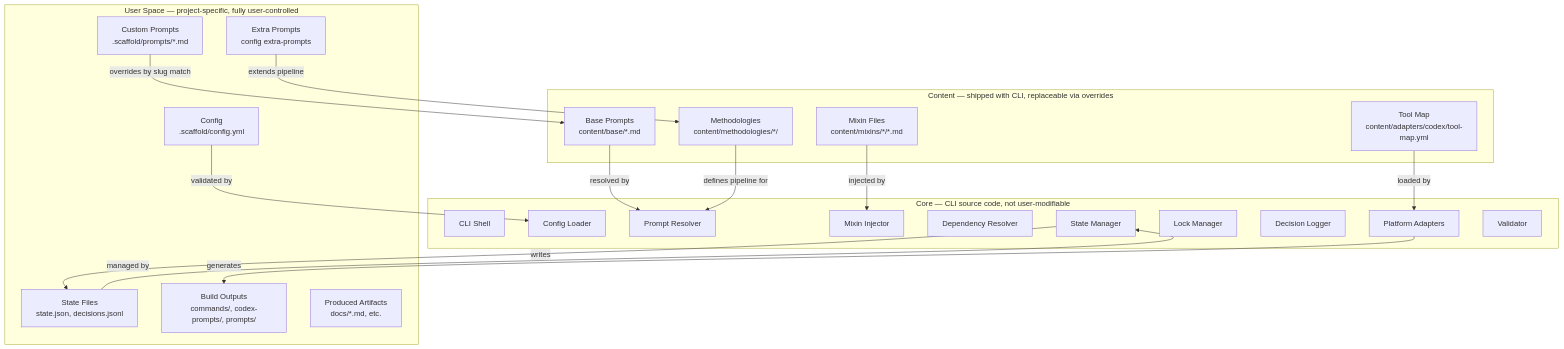
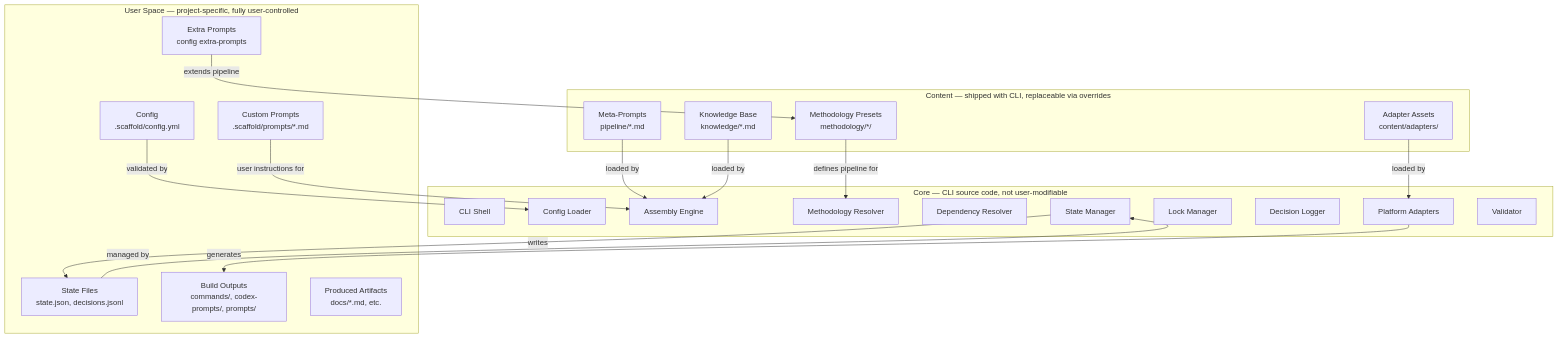
Before and after one commit to zigrivers/scaffold: the ninth of 10 diagrams in docs/v2/architecture/system-architecture.md, drawn with Mermaid. The commit also changed other lines of this file, not shown here.

First line of the commit message:
[BD-scaffold-arch] docs(v2): system architecture review & update — align with 54-ADR set and domains 15/16

````diff
--- a/docs/v2/architecture/system-architecture.md
+++ b/docs/v2/architecture/system-architecture.md
@@ -1274,49 +1245,49 @@
 ```mermaid
 graph TB
     subgraph CoreZone["Core — CLI source code, not user-modifiable"]
         CS[CLI Shell]
         CL[Config Loader]
-        PR[Prompt Resolver]
-        MI[Mixin Injector]
+        AEng[Assembly Engine]
+        MRe[Methodology Resolver]
         DR[Dependency Resolver]
         SM[State Manager]
         LM[Lock Manager]
         DL[Decision Logger]
         PA[Platform Adapters]
         VL[Validator]
     end
 
     subgraph ContentZone["Content — shipped with CLI, replaceable via overrides"]
-        BP[Base Prompts<br/>content/base/*.md]
-        MT[Methodologies<br/>content/methodologies/*/]
-        MX[Mixin Files<br/>content/mixins/*/*.md]
-        TM[Tool Map<br/>content/adapters/codex/tool-map.yml]
+        BP[Meta-Prompts<br/>pipeline/*.md]
+        KB[Knowledge Base<br/>knowledge/*.md]
+        MT[Methodology Presets<br/>methodology/*/]
+        TM[Adapter Assets<br/>content/adapters/]
     end
 
     subgraph UserZone["User Space — project-specific, fully user-controlled"]
         UC[Custom Prompts<br/>.scaffold/prompts/*.md]
         EP[Extra Prompts<br/>config extra-prompts]
         CF[Config<br/>.scaffold/config.yml]
         ST[State Files<br/>state.json, decisions.jsonl]
         BO[Build Outputs<br/>commands/, codex-prompts/, prompts/]
         AR[Produced Artifacts<br/>docs/*.md, etc.]
     end
 
-    %% User Space overrides Content
-    UC -->|"overrides by slug match"| BP
+    %% User Space feeds into Core
+    UC -->|"user instructions for"| AEng
     EP -->|"extends pipeline"| MT
 
     %% Content feeds into Core
-    BP -->|"resolved by"| PR
-    MT -->|"defines pipeline for"| PR
-    MX -->|"injected by"| MI
+    BP -->|"loaded by"| AEng
+    KB -->|"loaded by"| AEng
+    MT -->|"defines pipeline for"| MRe
     TM -->|"loaded by"| PA
 
     %% User Space feeds into Core
     CF -->|"validated by"| CL
     ST -->|"managed by"| SM
 
     %% Core produces output in User Space
     PA -->|"generates"| BO
     SM -->|"writes"| ST
 ```
````
